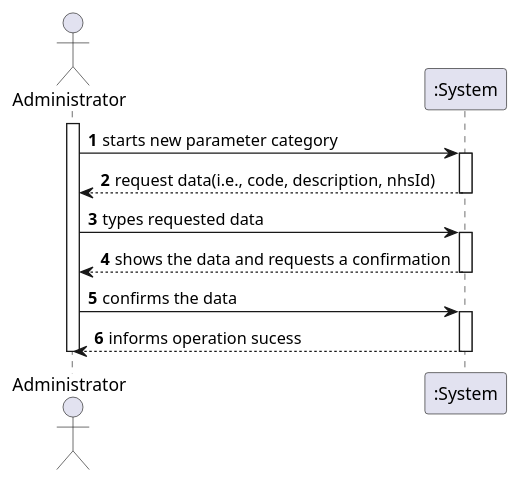
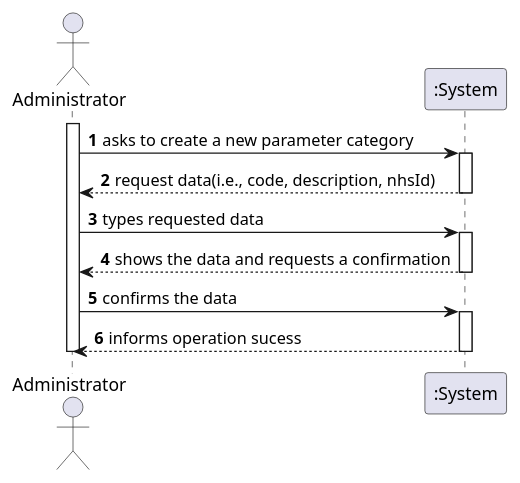
The diagram in docs/SprintB/US_11/US11_SSD.puml (ana-albergaria/LAPR2-ISEP), drawn with PlantUML before and after one commit. The commit also changed 3 other files, not shown here.

Commit message:
Corrected US11 System Sequence Diagram and Continued US10 and US11 Requirements Engineering.

```diff
--- a/docs/SprintB/US_11/US11_SSD.puml
+++ b/docs/SprintB/US_11/US11_SSD.puml
@@ -1,23 +1,23 @@
 @startuml
 autonumber
 actor "Administrator" as Adm
 
 activate Adm
-Adm-> ":System" : starts new parameter category
+Adm-> ":System" : asks to create a new parameter category
 activate ":System"
 ":System" --> Adm : request data(i.e., code, description, nhsId)
 deactivate ":System"
 
 Adm-> ":System" : types requested data
 activate ":System"
 ":System" --> Adm : shows the data and requests a confirmation
 deactivate ":System"
 
 Adm-> ":System" : confirms the data
 activate ":System"
 ":System" --> Adm : informs operation sucess
 deactivate ":System"
 
 deactivate Adm
 
 @enduml
```
